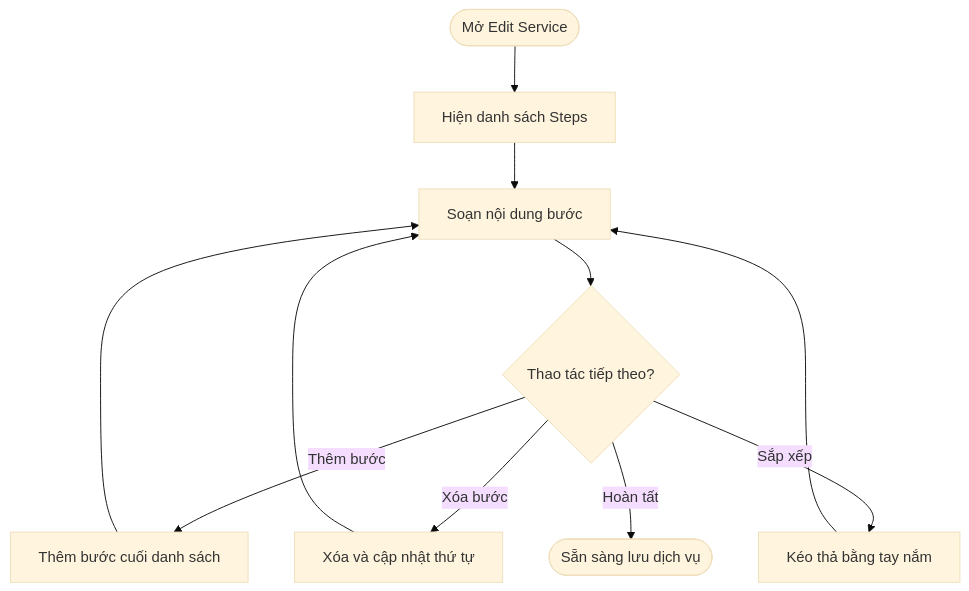
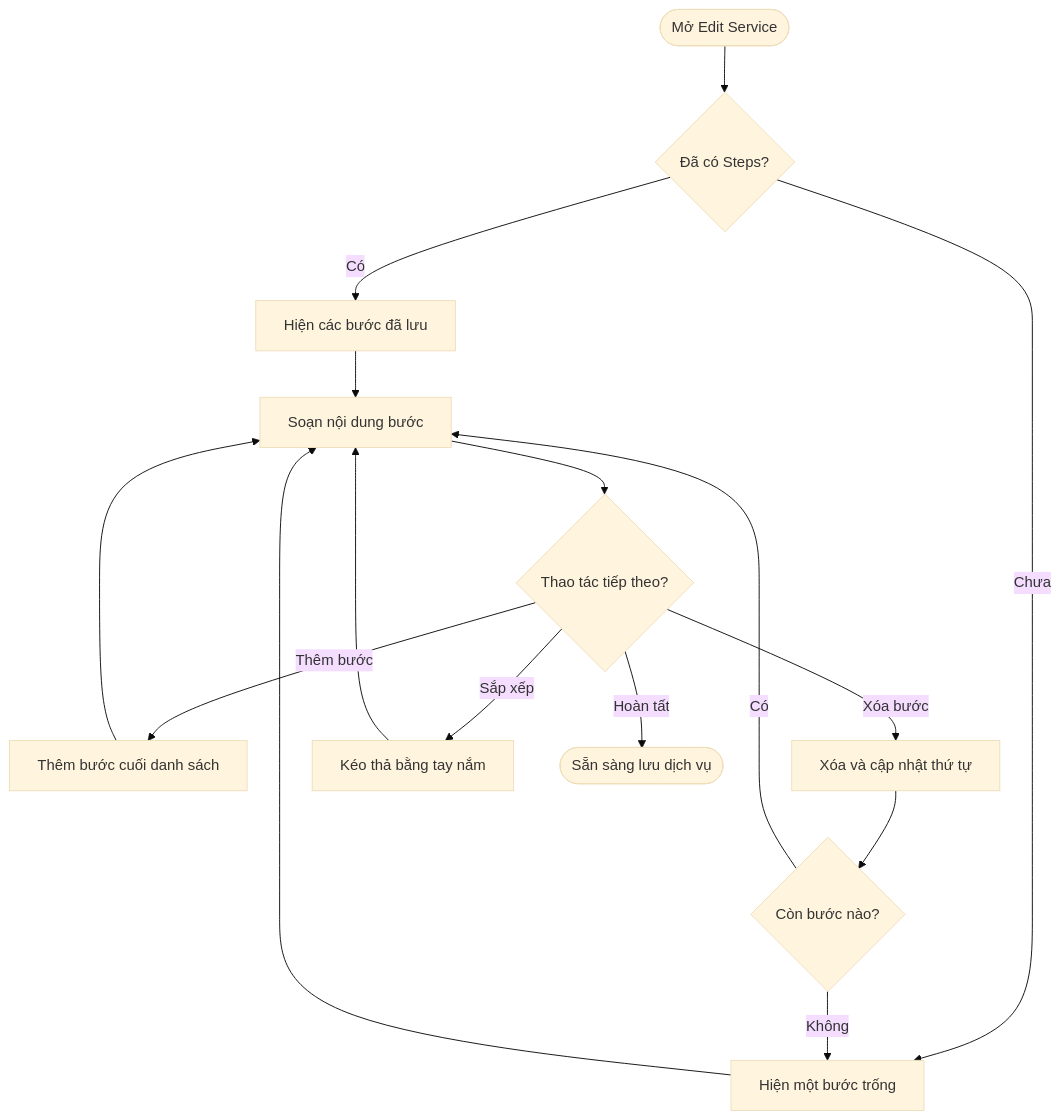
Before and after one commit to maivtn/taxiq: the first of 4 diagrams in docs/business/service-steps-materials.md, drawn with Mermaid (base theme). The commit also changed other lines of this file, not shown here.

Commit message:
docs: align service steps and materials with updated documentation skill

````diff
--- a/docs/business/service-steps-materials.md
+++ b/docs/business/service-steps-materials.md
@@ -77,13 +73,18 @@
 ```mermaid
 flowchart TD
-    A([Mở Edit Service]) --> B[Hiện danh sách Steps]
-    B --> C[Soạn nội dung bước]
+    A([Mở Edit Service]) --> B{Đã có Steps?}
+    B -- Có --> B1[Hiện các bước đã lưu]
+    B -- Chưa --> B2[Hiện một bước trống]
+    B1 --> C[Soạn nội dung bước]
+    B2 --> C
     C --> D{Thao tác tiếp theo?}
     D -- Thêm bước --> E[Thêm bước cuối danh sách]
     E --> C
     D -- Xóa bước --> F[Xóa và cập nhật thứ tự]
-    F --> C
+    F --> F1{Còn bước nào?}
+    F1 -- Có --> C
+    F1 -- Không --> B2
     D -- Sắp xếp --> H[Kéo thả bằng tay nắm]
     H --> C
     D -- Hoàn tất --> G([Sẵn sàng lưu dịch vụ])
 ```
````
